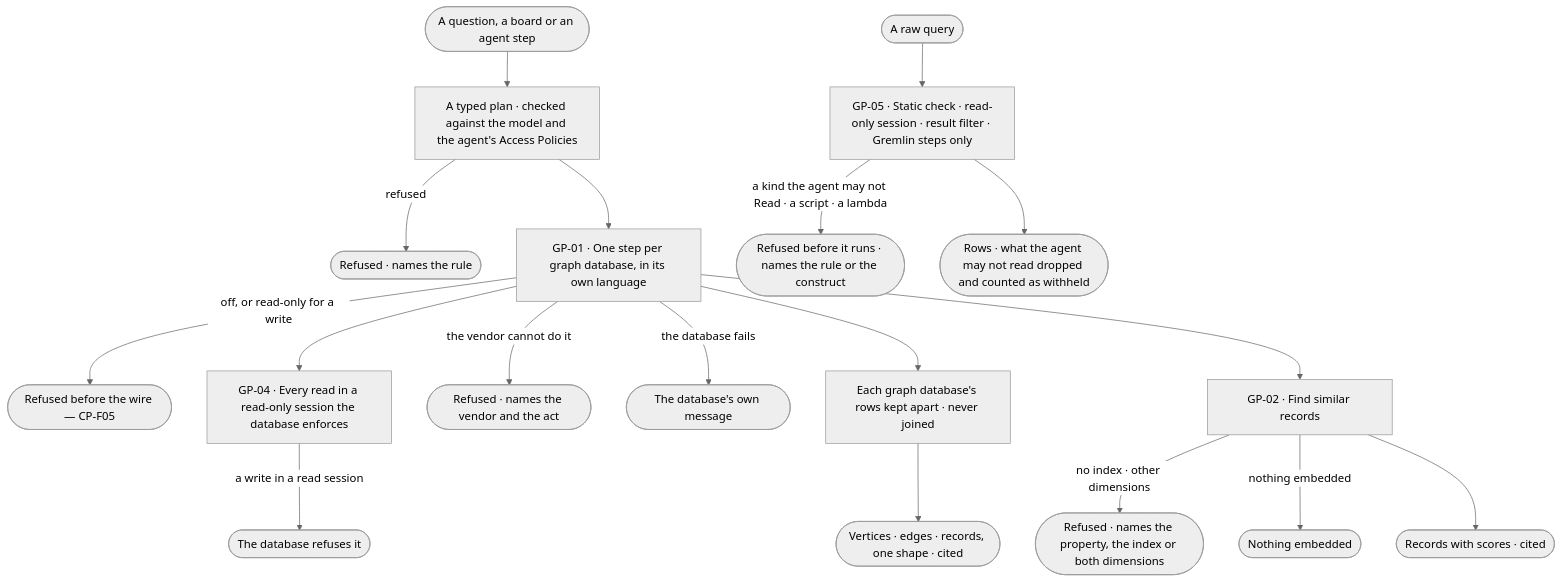
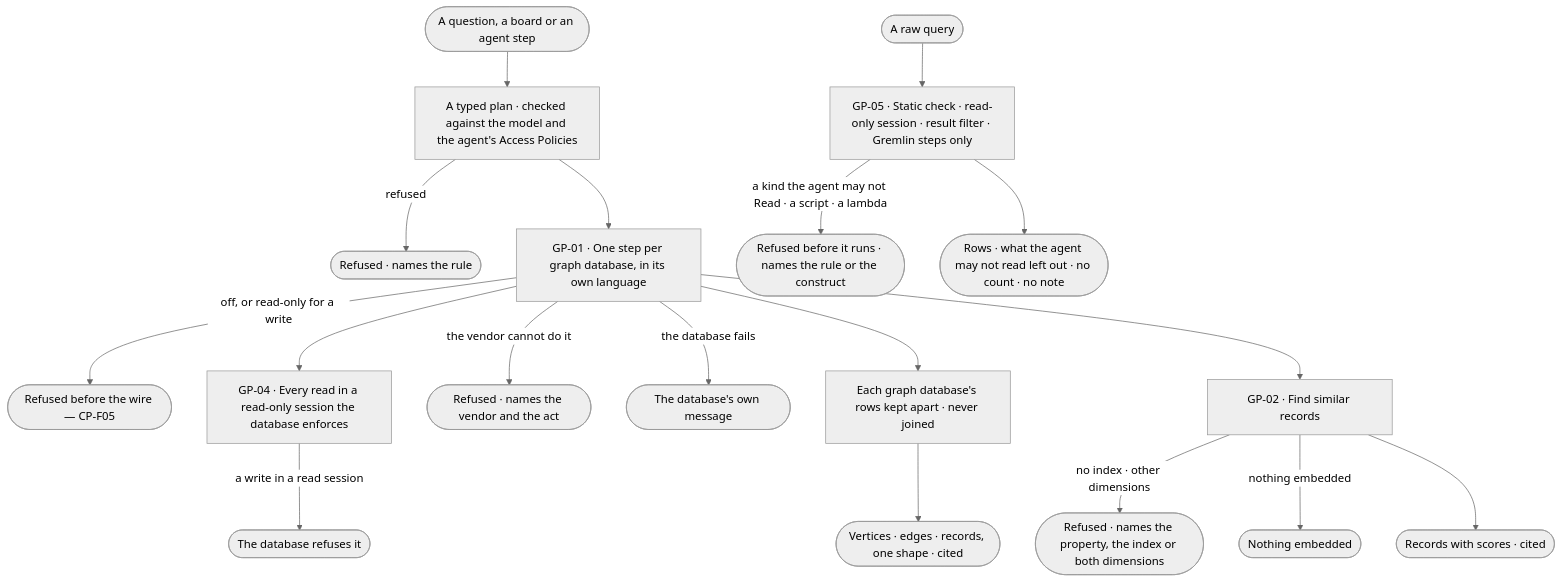
One commit to invana/invana changed the first of 2 diagrams in specs/os/graph/features/GP-F01-data/feature.md. Above: the diagram before and after it, drawn with Mermaid (neutral theme). The commit also changed other lines of this file and 69 other files, not shown here.

````diff
--- a/specs/os/graph/features/GP-F01-data/feature.md
+++ b/specs/os/graph/features/GP-F01-data/feature.md
@@ -26,20 +26,20 @@
 ```mermaid
 flowchart TD
   q([A question, a board or an agent step]) --> p["A typed plan · checked against the model and the agent's Access Policies"]
   p -->|refused| r0(["Refused · names the rule"])
   p --> rw["GP-01 · One step per graph database, in its own language"]
   rw -->|off, or read-only for a write| cf(["Refused before the wire — CP-F05"])
   rw --> ro["GP-04 · Every read in a read-only session the database enforces"]
   ro -->|a write in a read session| rf(["The database refuses it"])
   rw -->|the vendor cannot do it| r2(["Refused · names the vendor and the act"])
   rw -->|the database fails| r3(["The database's own message"])
   rw --> j["Each graph database's rows kept apart · never joined"]
   j --> o(["Vertices · edges · records, one shape · cited"])
   rq([A raw query]) --> l["GP-05 · Static check · read-only session · result filter · Gremlin steps only"]
   l -->|a kind the agent may not Read · a script · a lambda| lr(["Refused before it runs · names the rule or the construct"])
-  l --> lo(["Rows · what the agent may not read dropped and counted as withheld"])
+  l --> lo(["Rows · what the agent may not read left out · no count · no note"])
   rw --> vs["GP-02 · Find similar records"]
   vs -->|no index · other dimensions| vr(["Refused · names the property, the index or both dimensions"])
   vs -->|nothing embedded| ne(["Nothing embedded"])
   vs --> vo(["Records with scores · cited"])
 ```
````
